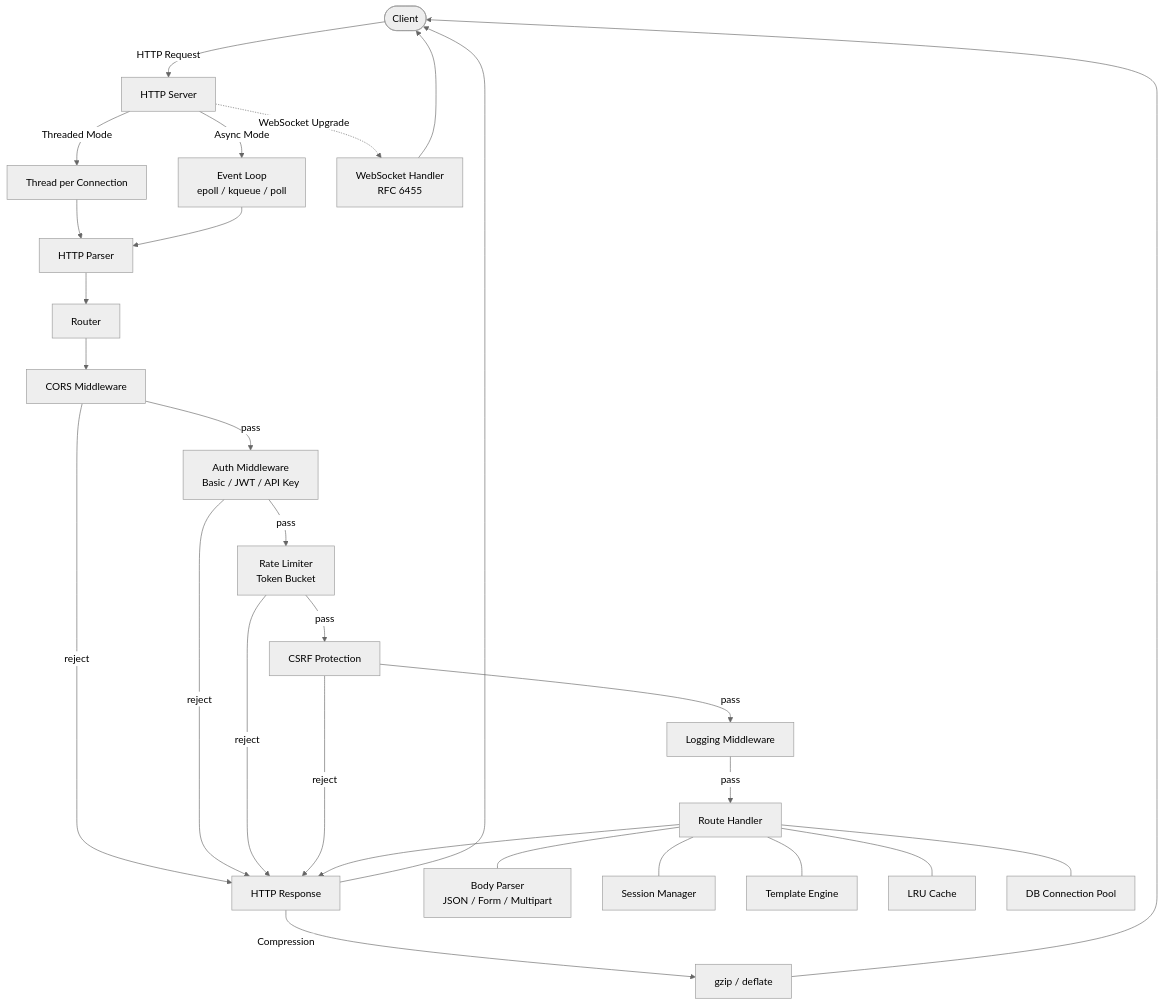
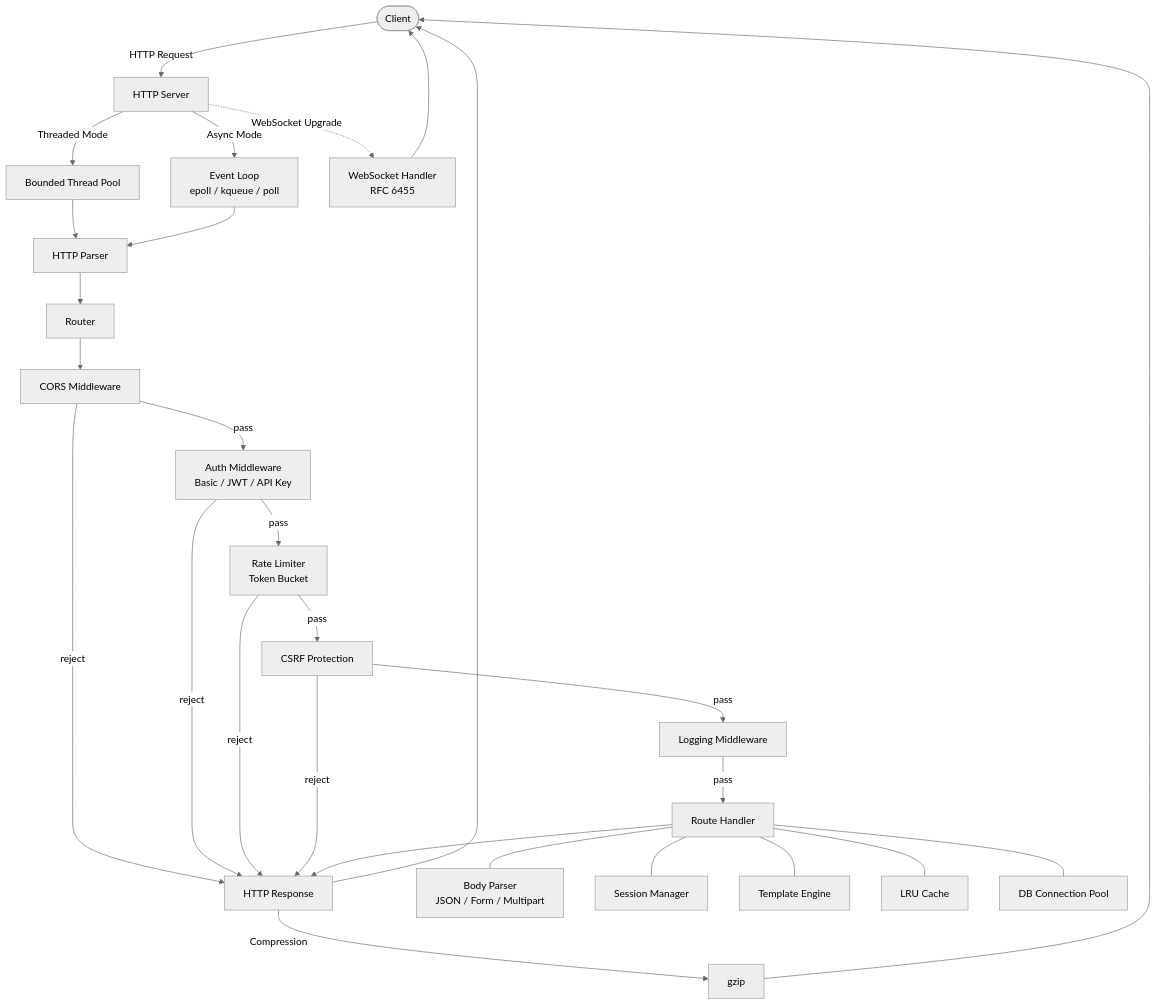
Before and after one commit to kamrankhan78694/modern-c-web-library: the diagram in README.md, drawn with Mermaid (neutral theme).

Commit message:
docs: correct architecture flowchart labels

````diff
--- a/README.md
+++ b/README.md
@@ -113,31 +113,31 @@
 ```mermaid
 flowchart TD
     Client([Client]) -->|HTTP Request| Server[HTTP Server]
-    Server -->|Threaded Mode| Thread[Thread per Connection]
+    Server -->|Threaded Mode| Thread[Bounded Thread Pool]
     Server -->|Async Mode| EventLoop[Event Loop\nepoll / kqueue / poll]
     Thread --> Parser
     EventLoop --> Parser
     Parser[HTTP Parser] --> Router[Router]
     Router --> MW1[CORS Middleware]
     MW1 -->|pass| MW2[Auth Middleware\nBasic / JWT / API Key]
     MW2 -->|pass| MW3[Rate Limiter\nToken Bucket]
     MW3 -->|pass| MW4[CSRF Protection]
     MW4 -->|pass| MW5[Logging Middleware]
     MW5 -->|pass| Handler[Route Handler]
     MW1 -->|reject| Response
     MW2 -->|reject| Response
     MW3 -->|reject| Response
     MW4 -->|reject| Response
     Handler --> Response[HTTP Response]
     Handler --- BodyParser[Body Parser\nJSON / Form / Multipart]
     Handler --- Session[Session Manager]
     Handler --- Template[Template Engine]
     Handler --- Cache[LRU Cache]
     Handler --- DBPool[DB Connection Pool]
-    Response -->|Compression| Compress[gzip / deflate]
+    Response -->|Compression| Compress[gzip]
     Compress --> Client
     Response --> Client
 
     Server -.->|WebSocket Upgrade| WS[WebSocket Handler\nRFC 6455]
     WS --> Client
 ```
````
